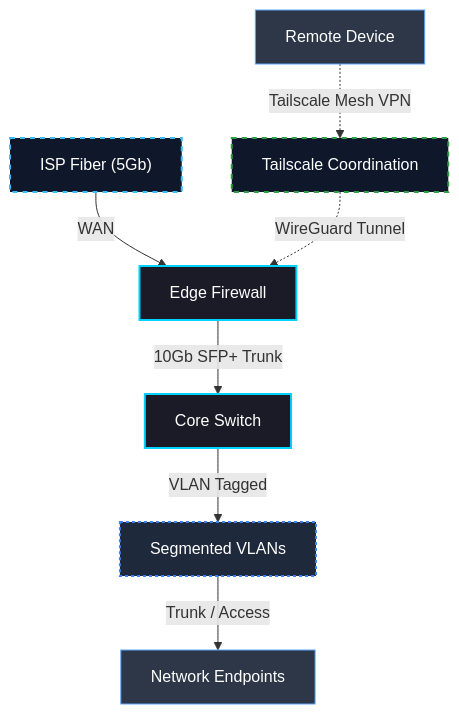
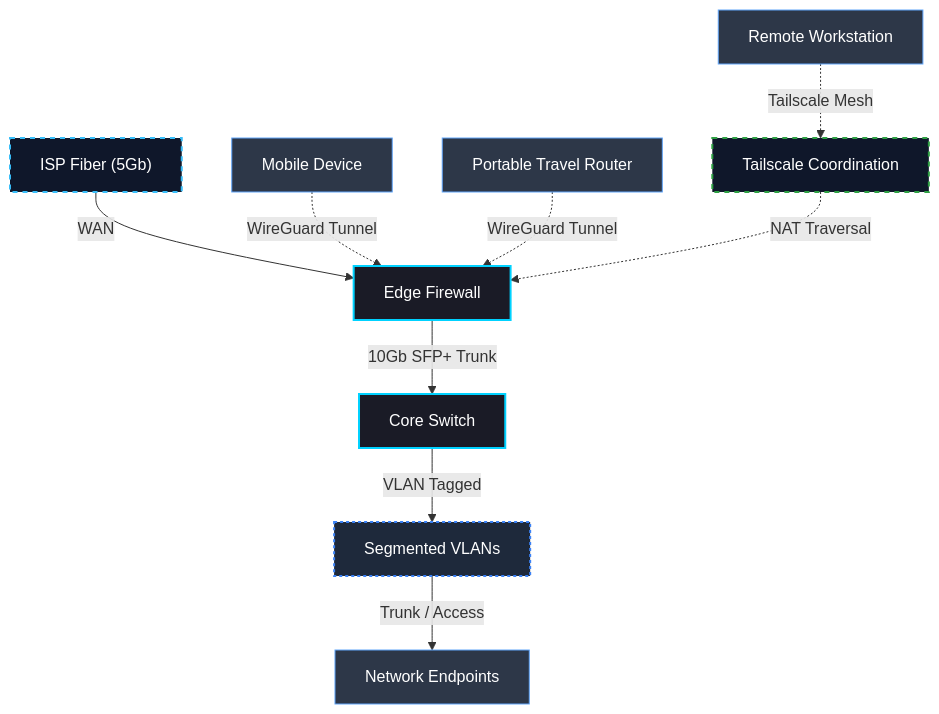
The first of 2 diagrams in README.md (gurvinny/home-network-lab), drawn with Mermaid before and after one commit. The commit also changed other lines of this file and 2 other files, not shown here.

First line of the commit message:
docs: refresh lab overview with service inventory and current roadmap

````diff
--- a/README.md
+++ b/README.md
@@ -31,16 +33,18 @@
 ```mermaid
 graph TD
     %% Cyber Sec Grey/Blue Theme
     classDef internet fill:#0f172a,stroke:#38bdf8,stroke-width:2px,color:#ffffff,stroke-dasharray: 5 5;
     classDef firewall fill:#1a1b26,stroke:#00d2ff,stroke-width:2px,color:#ffffff;
     classDef device fill:#2d3748,stroke:#60a5fa,stroke-width:1px,color:#ffffff;
     classDef vlan fill:#1e293b,stroke:#3b82f6,stroke-width:2px,stroke-dasharray: 3 3,color:#ffffff;
     classDef vpn fill:#0f172a,stroke:#2ea043,stroke-width:2px,color:#ffffff,stroke-dasharray: 5 5;
 
     ISP["ISP Fiber (5Gb)"]:::internet -->|"WAN"| FW["Edge Firewall"]:::firewall
-    Remote["Remote Device"]:::device -.->|"Tailscale Mesh VPN"| TS["Tailscale Coordination"]:::vpn
-    TS -.->|"WireGuard Tunnel"| FW
+    Mobile["Mobile Device"]:::device -.->|"WireGuard Tunnel"| FW
+    TravelRouter["Portable Travel Router"]:::device -.->|"WireGuard Tunnel"| FW
+    Remote["Remote Workstation"]:::device -.->|"Tailscale Mesh"| TS["Tailscale Coordination"]:::vpn
+    TS -.->|"NAT Traversal"| FW
     FW -->|"10Gb SFP+ Trunk"| SW["Core Switch"]:::firewall
     SW -->|"VLAN Tagged"| VLANs["Segmented VLANs"]:::vlan
     VLANs -->|"Trunk / Access"| Clients["Network Endpoints"]:::device
 ```
````
